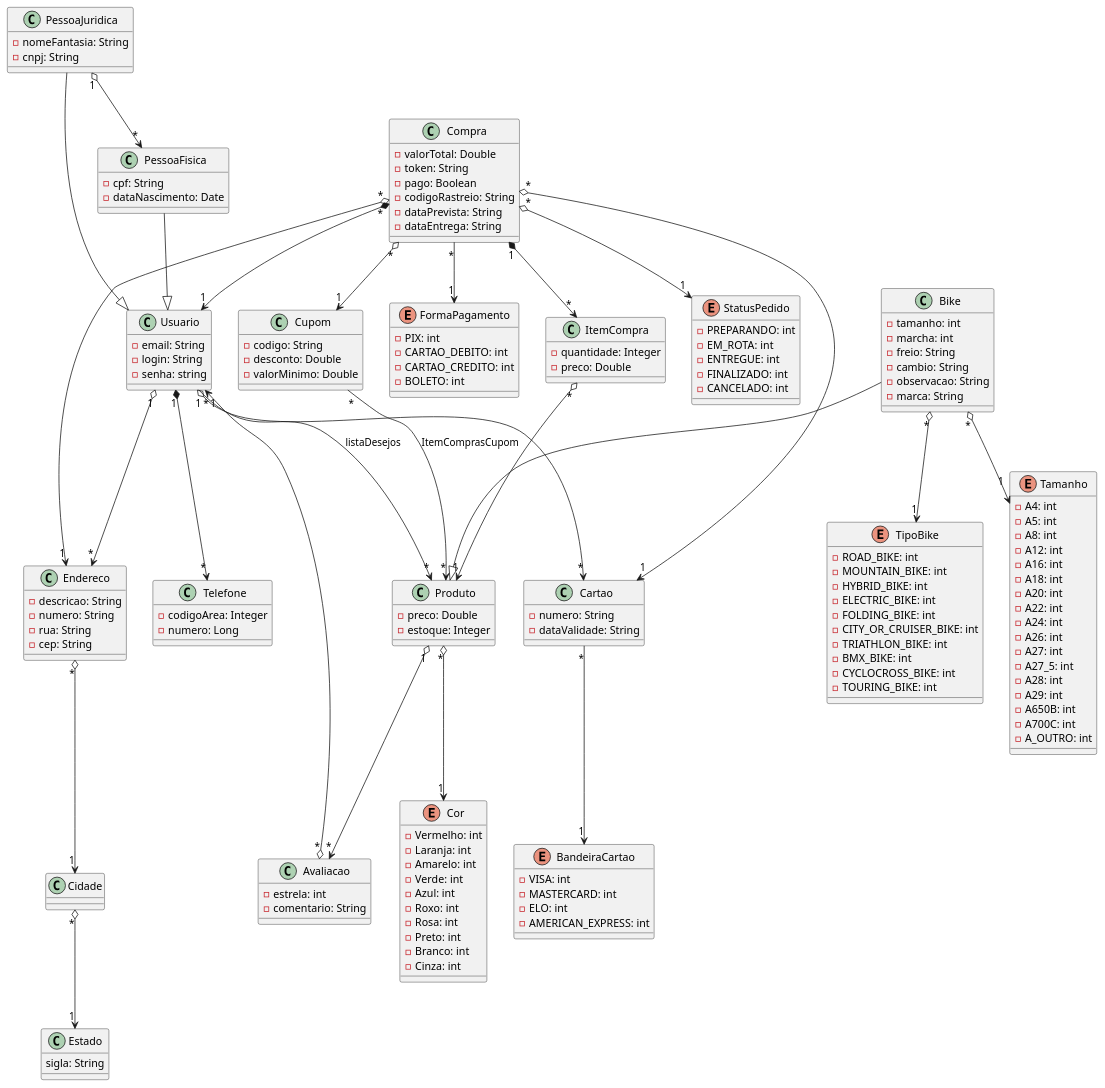
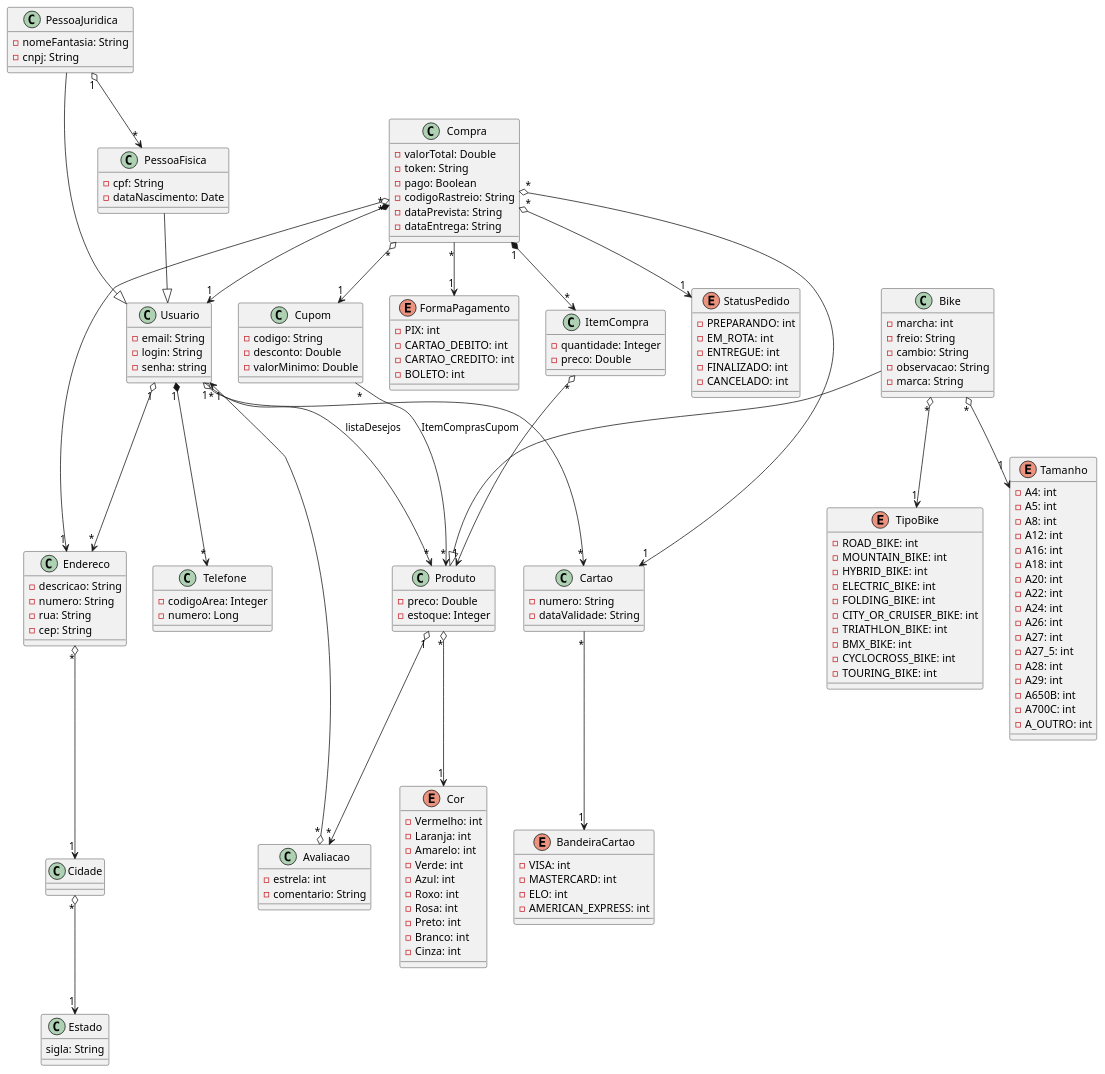
One commit to kaiomaced0/bikeShop-Uml changed the diagram in loja.plantuml. Above: the diagram before and after it, drawn with PlantUML.

```diff
--- a/loja.plantuml
+++ b/loja.plantuml
@@ -1,198 +1,197 @@
 @startuml
 
 class Usuario {
     -email: String
     -login: String
     -senha: string
 }
 
 class Cartao{
     -numero: String
     -dataValidade: String
 }
 
 enum BandeiraCartao{
     -VISA: int
     -MASTERCARD: int
     -ELO: int
     -AMERICAN_EXPRESS: int
 
 }
 
 class Endereco{
     -descricao: String
     -numero: String
     -rua: String
     -cep: String
 }
 
 class Cidade{
 
 }
 
 class Estado{
     sigla: String
 }
 
 class PessoaFisica {
     -cpf: String
     -dataNascimento: Date
 }
 
 class PessoaJuridica {
     -nomeFantasia: String
     -cnpj: String
 
 }
 
 class Telefone{
     -codigoArea: Integer
     -numero: Long
 }
 
 class Produto {
     -preco: Double
     -estoque: Integer
 
 }
 
 class Bike {
-    -tamanho: int
     -marcha: int
     -freio: String
     -cambio: String
     -observacao: String
     -marca: String
 }
 
 enum TipoBike{
     - ROAD_BIKE: int 
     - MOUNTAIN_BIKE: int 
     - HYBRID_BIKE: int 
     - ELECTRIC_BIKE: int 
     - FOLDING_BIKE: int 
     - CITY_OR_CRUISER_BIKE: int 
     - TRIATHLON_BIKE: int 
     - BMX_BIKE: int 
     - CYCLOCROSS_BIKE: int 
     - TOURING_BIKE: int
 }
 
 enum Tamanho{
     -A4: int
     -A5: int
     -A8: int
     -A12: int
     -A16: int
     -A18: int
     -A20: int
     -A22: int
     -A24: int
     -A26: int
     -A27: int
     -A27_5: int
     -A28: int
     -A29: int
     -A650B: int
     -A700C: int
     -A_OUTRO: int
     
 }
 
 class Compra{
     -valorTotal: Double
     -token: String
     -pago: Boolean
     -codigoRastreio: String
     -dataPrevista: String
     -dataEntrega: String
 }
 
 
 enum FormaPagamento{
     -PIX: int
     -CARTAO_DEBITO: int
     -CARTAO_CREDITO: int
     -BOLETO: int
 }
 
 enum StatusPedido{
     -PREPARANDO: int 
     -EM_ROTA: int 
     -ENTREGUE: int 
     -FINALIZADO: int 
     -CANCELADO: int 
 }
 
 class Avaliacao{
     -estrela: int
     -comentario: String
 }
 
 
 class Cupom{
     -codigo: String
     -desconto: Double
     -valorMinimo: Double
 }
 
 enum Cor{
     -Vermelho: int
     -Laranja: int
     -Amarelo: int
     -Verde: int
     -Azul: int
     -Roxo: int
     -Rosa: int
     -Preto: int
     -Branco: int
     -Cinza: int
 }
 
 class ItemCompra{
     -quantidade: Integer
     -preco: Double
 
 }
 
 
 Cidade "*" o--> "1" Estado
 Endereco "*" o--> "1" Cidade
 
 Compra "*" o--> "1" Cupom
 Compra "1" *--> "*" ItemCompra
 Compra "*" *--> "1" Usuario
 
 Cupom "*" --> "*" Produto: ItemComprasCupom
 
 Compra "*" o--> "1" Endereco
 
 Compra "*" o--> "1" StatusPedido
 
 Produto "1" o--> "*" Avaliacao
 
 Avaliacao "*" o--> "1" Usuario
 
 Compra "*" --> "1" FormaPagamento
 Compra "*" o--> "1" Cartao
 
 Cartao "*" --> "1" BandeiraCartao
 Usuario "1" o--> "*" Cartao 
 Usuario "1" o--> "*" Endereco
 Usuario "1" *--> "*" Telefone
 
 ItemCompra "*" o--> "1" Produto
 
 Produto "*" o--> "1" Cor
 
 Bike --|> Produto
 Bike "*" o--> "1" Tamanho
 Bike "*" o--> "1" TipoBike
 
 Usuario "*" --> "*" Produto: listaDesejos
 PessoaFisica --|> Usuario
 PessoaJuridica --|> Usuario
 PessoaJuridica "1" o--> "*" PessoaFisica
 
 
 @enduml
```
